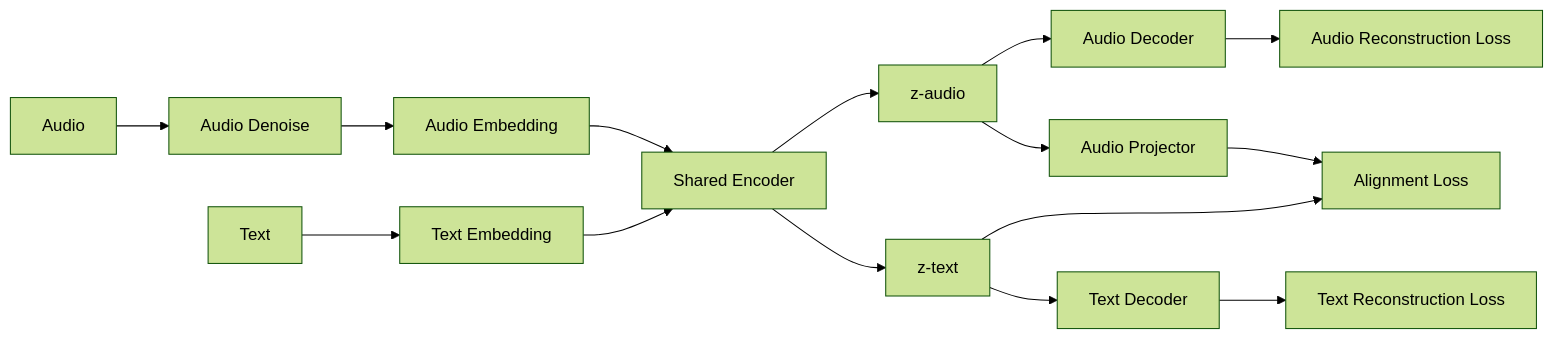
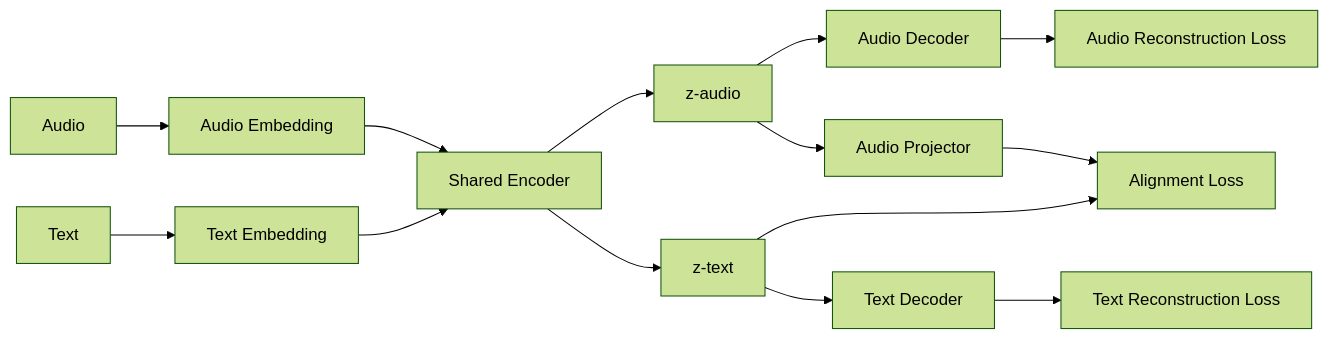
One commit to cactus-compute/needle changed the diagram in docs/pretraining.md. Above: the diagram before and after it, drawn with Mermaid (forest theme). The commit also changed 2 other files, not shown here.

Commit message:
edited some docs

````diff
--- a/docs/pretraining.md
+++ b/docs/pretraining.md
@@ -3,28 +3,27 @@
 ```mermaid
 graph LR
     %% Inputs
-    A_in[Audio] --> A_denoise[Audio Denoise]
-    A_denoise --> A_emb[Audio Embedding]
+    A_in[Audio] --> A_emb[Audio Embedding]
     T_in[Text] --> T_emb[Text Embedding]
 
     %% Embeddings to Encoder
     A_emb --> Enc[Shared Encoder]
     T_emb --> Enc
 
     %% Encoder to Latents
     Enc --> ZA[z-audio]
     Enc --> ZT[z-text]
 
     %% Audio Reconstruction Branch
     ZA --> A_dec[Audio Decoder]
     A_dec --> A_loss[Audio Reconstruction Loss]
 
     %% Text Reconstruction Branch
     ZT --> T_dec[Text Decoder]
     T_dec --> T_loss[Text Reconstruction Loss]
 
     %% Adversarial Alignment Branch
     ZA --> Proj[Audio Projector]
     Proj --> Adv[Alignment Loss]
     ZT --> Adv
 ```
````
